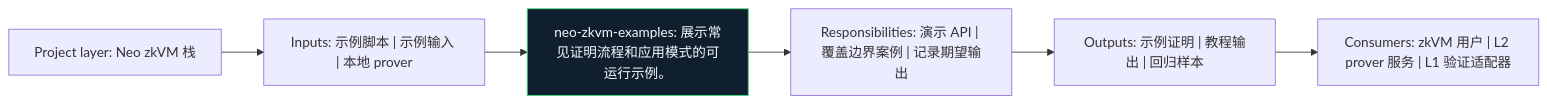
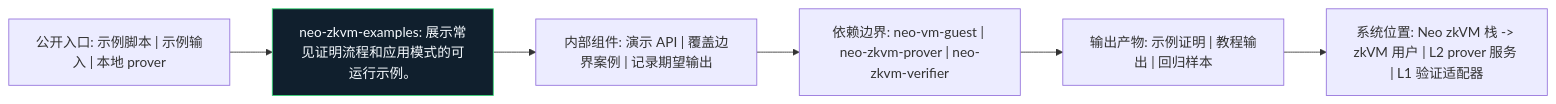
The diagram in crates/neo-zkvm-examples/docs/figures/architecture.zh.mmd (r3e-network/neo-zkvm), drawn with Mermaid before and after one commit. The commit also changed 97 other files, not shown here.

```diff
--- a/crates/neo-zkvm-examples/docs/figures/architecture.zh.mmd
+++ b/crates/neo-zkvm-examples/docs/figures/architecture.zh.mmd
@@ -1,14 +1,14 @@
 flowchart LR
-    N1["Project layer: Neo zkVM 栈"]
-    N2["Inputs: 示例脚本 | 示例输入 | 本地 prover"]
-    N3["neo-zkvm-examples: 展示常见证明流程和应用模式的可运行示例。"]
-    N4["Responsibilities: 演示 API | 覆盖边界案例 | 记录期望输出"]
-    N5["Outputs: 示例证明 | 教程输出 | 回归样本"]
-    N6["Consumers: zkVM 用户 | L2 prover 服务 | L1 验证适配器"]
+    N1["公开入口: 示例脚本 | 示例输入 | 本地 prover"]
+    N2["neo-zkvm-examples: 展示常见证明流程和应用模式的可运行示例。"]
+    N3["内部组件: 演示 API | 覆盖边界案例 | 记录期望输出"]
+    N4["依赖边界: neo-vm-guest | neo-zkvm-prover | neo-zkvm-verifier"]
+    N5["输出产物: 示例证明 | 教程输出 | 回归样本"]
+    N6["系统位置: Neo zkVM 栈 -> zkVM 用户 | L2 prover 服务 | L1 验证适配器"]
     N1 --> N2
     N2 --> N3
     N3 --> N4
     N4 --> N5
     N5 --> N6
     classDef crate fill:#101f2d,stroke:#38d978,color:#f6fbff
-    class N3 crate
+    class N2 crate
```
